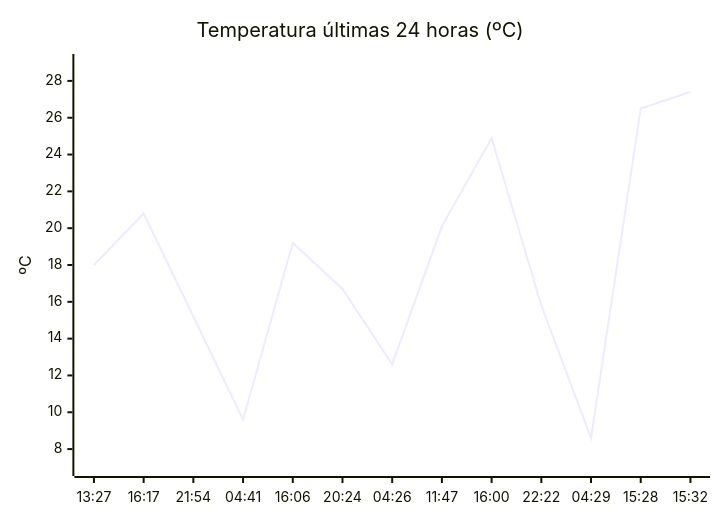
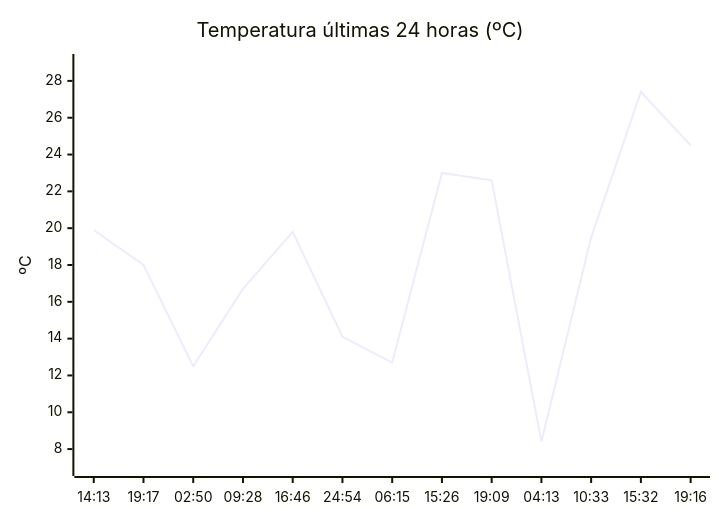
Before and after one commit to solidsnk86/rem-scrap: the diagram in README.md, drawn with Mermaid. The commit also changed other lines of this file, not shown here.

````diff
--- a/README.md
+++ b/README.md
@@ -36,7 +36,7 @@
 ```mermaid
 xychart-beta
     title "Temperatura últimas 24 horas (ºC)"
-    x-axis ["13:27", "16:17", "21:54", "04:41", "16:06", "20:24", "04:26", "11:47", "16:00", "22:22", "04:29", "15:28", "15:32"]
+    x-axis ["14:13", "19:17", "02:50", "09:28", "16:46", "24:54", "06:15", "15:26", "19:09", "04:13", "10:33", "15:32", "19:16"]
     y-axis "ºC" 7 --> 29
-    line [18, 20.8, 15.2, 9.6, 19.2, 16.7, 12.6, 20.1, 24.9, 15.8, 8.6, 26.5, 27.4]
+    line [19.9, 18, 12.5, 16.7, 19.8, 14.1, 12.7, 23, 22.6, 8.4, 19.5, 27.4, 24.5]
 ```
````
